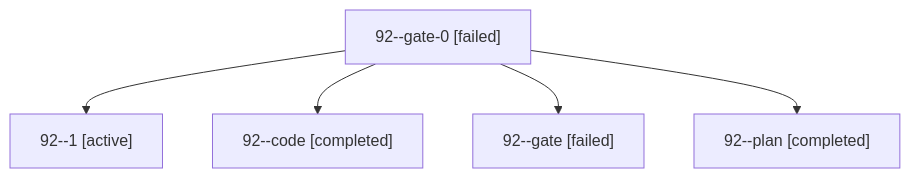
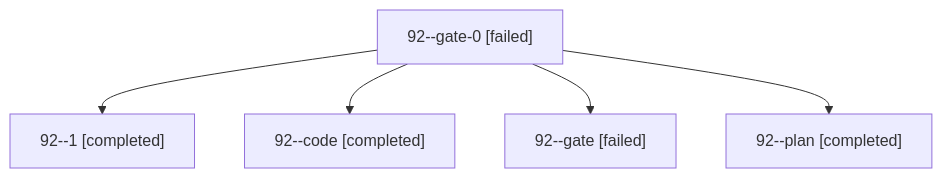
One commit to sase-org/sase--agents changed the diagram in sessions/bbugyi200.apollo.92.md. Above: the diagram before and after it, drawn with Mermaid. The commit also changed other lines of this file and 11 other files, not shown here.

````diff
--- a/sessions/bbugyi200.apollo.92.md
+++ b/sessions/bbugyi200.apollo.92.md
@@ -9,12 +9,12 @@
 ```mermaid
 flowchart TD
   n0["92--gate-0 [failed]"]
-  n1["92--1 [active]"]
+  n1["92--1 [completed]"]
   n0 --> n1
   n2["92--code [completed]"]
   n0 --> n2
   n3["92--gate [failed]"]
   n0 --> n3
   n4["92--plan [completed]"]
   n0 --> n4
 ```
````
